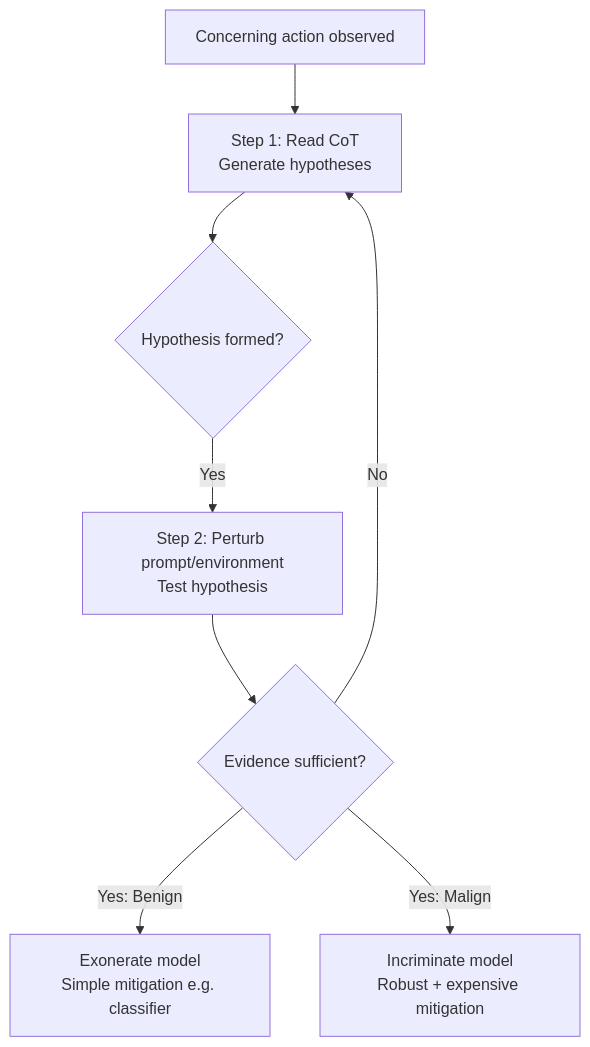
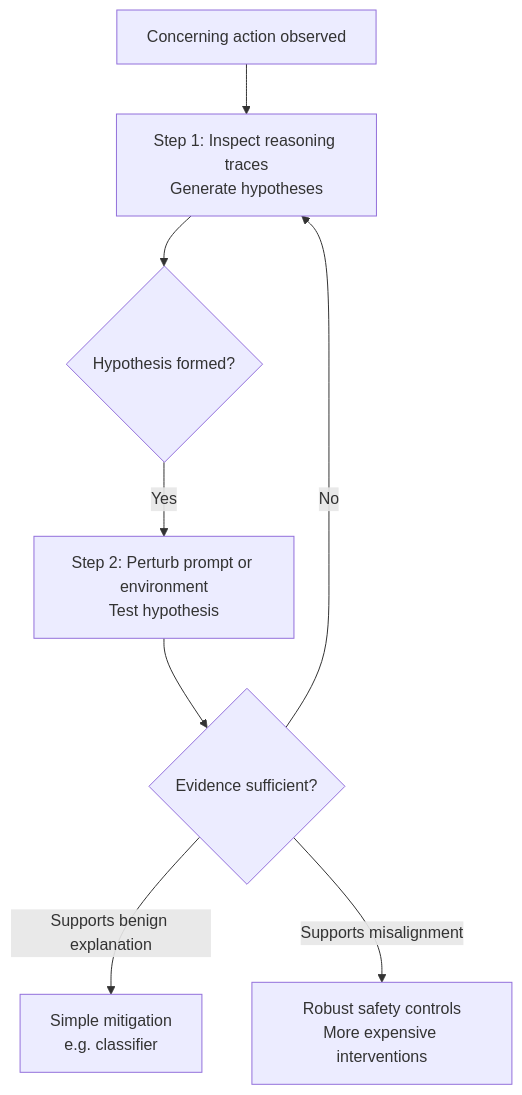
Before and after one commit to minwu-ai/minwu-ai.github.io: the diagram in posts/model-forensics-why-bad-action-observed-is-not-sufficient-ev.md, drawn with Mermaid. The commit also changed other lines of this file, not shown here.

````diff
--- a/posts/model-forensics-why-bad-action-observed-is-not-sufficient-ev.md
+++ b/posts/model-forensics-why-bad-action-observed-is-not-sufficient-ev.md
@@ -25,10 +34,10 @@
 ```mermaid
 flowchart TD
-    A[Concerning action observed] --> B[Step 1: Read CoT\nGenerate hypotheses]
+    A[Concerning action observed] --> B[Step 1: Inspect reasoning traces<br/>Generate hypotheses]
     B --> C{Hypothesis formed?}
-    C -- Yes --> D[Step 2: Perturb prompt/environment\nTest hypothesis]
+    C -->|Yes| D[Step 2: Perturb prompt or environment<br/>Test hypothesis]
     D --> E{Evidence sufficient?}
-    E -- No --> B
-    E -- Yes: Benign --> F[Exonerate model\nSimple mitigation e.g. classifier]
-    E -- Yes: Malign --> G[Incriminate model\nRobust + expensive mitigation]
+    E -->|No| B
+    E -->|Supports benign explanation| F[Simple mitigation<br/>e.g. classifier]
+    E -->|Supports misalignment| G[Robust safety controls<br/>More expensive interventions]
 ```
````
